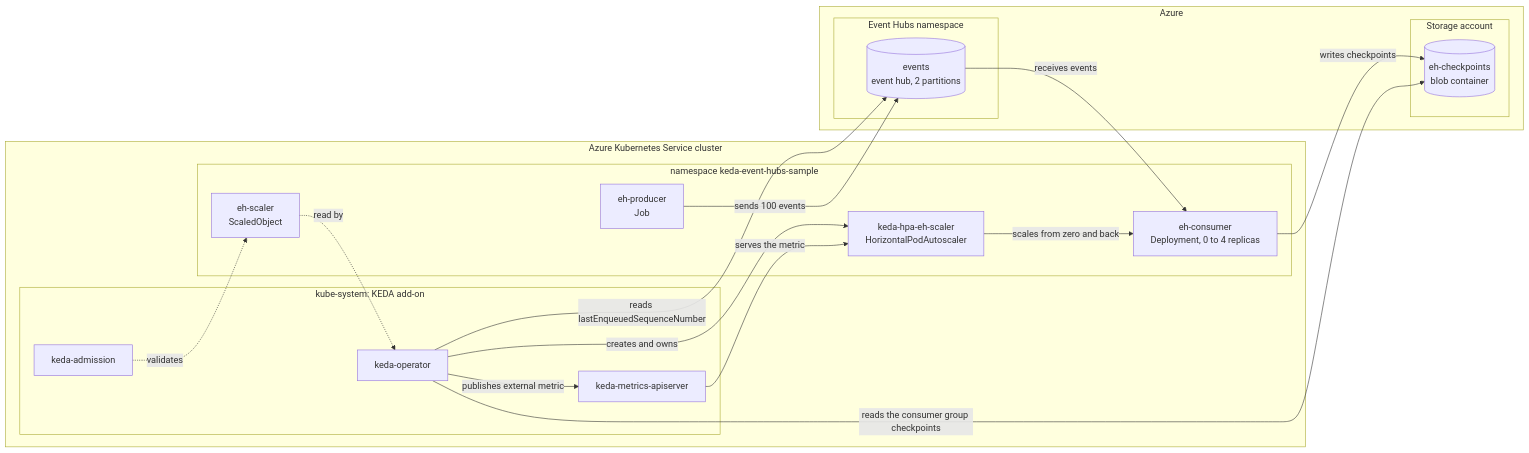
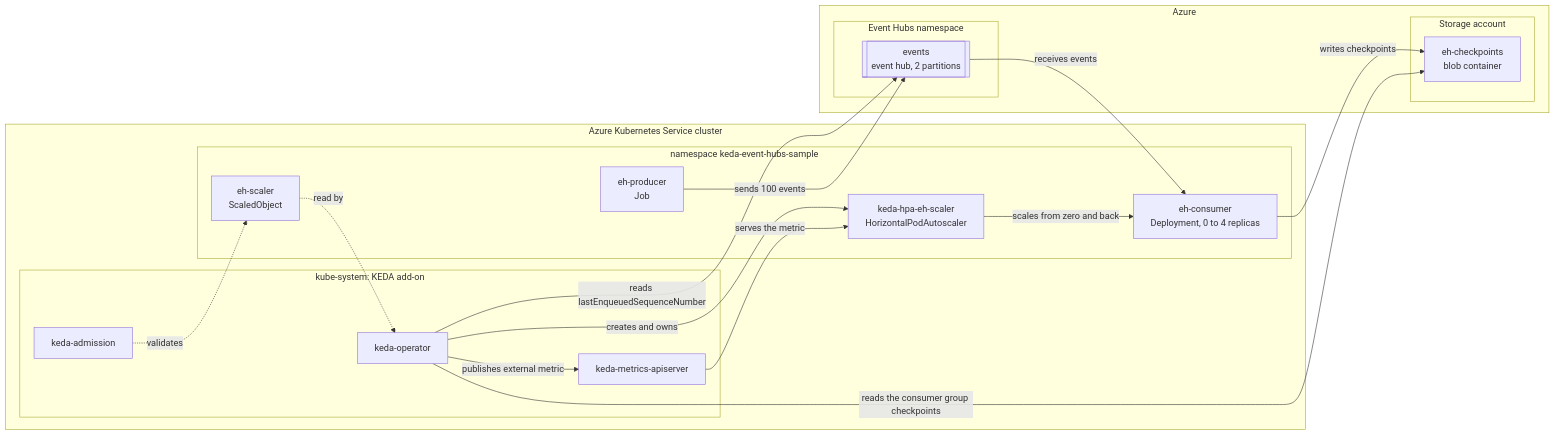
One commit to localstack-samples/aks-samples changed the diagram in tutorials/keda/event-hubs/README.md. Above: the diagram before and after it, drawn with Mermaid. The commit also changed 2 other files, not shown here.

Commit message:
Use queue and log shapes instead of a database cylinder in the diagrams
The Service Bus queue, the storage queue and the event hub were drawn as cylinders, which is the database shape and misrepresents all three. The queues are now stadium shaped, which reads as a lane of waiting messages, the event hub is a framed box that suggests its partitions, and the checkpoint blob container is a plain box.

Re-rendered from the README blocks with mermaid and a real browser: all three still produce an SVG with every label intact.

````diff
--- a/tutorials/keda/event-hubs/README.md
+++ b/tutorials/keda/event-hubs/README.md
@@ -13,37 +13,37 @@
 ```mermaid
 flowchart LR
     subgraph aks["Azure Kubernetes Service cluster"]
         subgraph kubesystem["kube-system: KEDA add-on"]
             operator["keda-operator"]
             metrics["keda-metrics-apiserver"]
             admission["keda-admission"]
         end
         subgraph appns["namespace keda-event-hubs-sample"]
             producer["eh-producer<br/>Job"]
             consumer["eh-consumer<br/>Deployment, 0 to 4 replicas"]
             scaledobject["eh-scaler<br/>ScaledObject"]
             hpa["keda-hpa-eh-scaler<br/>HorizontalPodAutoscaler"]
         end
     end
 
     subgraph azure["Azure"]
         subgraph ehns["Event Hubs namespace"]
-            hub[("events<br/>event hub, 2 partitions")]
+            hub[["events<br/>event hub, 2 partitions"]]
         end
         subgraph account["Storage account"]
-            checkpoints[("eh-checkpoints<br/>blob container")]
+            checkpoints["eh-checkpoints<br/>blob container"]
         end
     end
 
     producer -->|"sends 100 events"| hub
     hub -->|"receives events"| consumer
     consumer -->|"writes checkpoints"| checkpoints
     operator -->|"reads lastEnqueuedSequenceNumber"| hub
     operator -->|"reads the consumer group checkpoints"| checkpoints
     scaledobject -.->|"read by"| operator
     operator -->|"creates and owns"| hpa
     operator -->|"publishes external metric"| metrics
     metrics -->|"serves the metric"| hpa
     hpa -->|"scales from zero and back"| consumer
     admission -.->|"validates"| scaledobject
 ```
````
